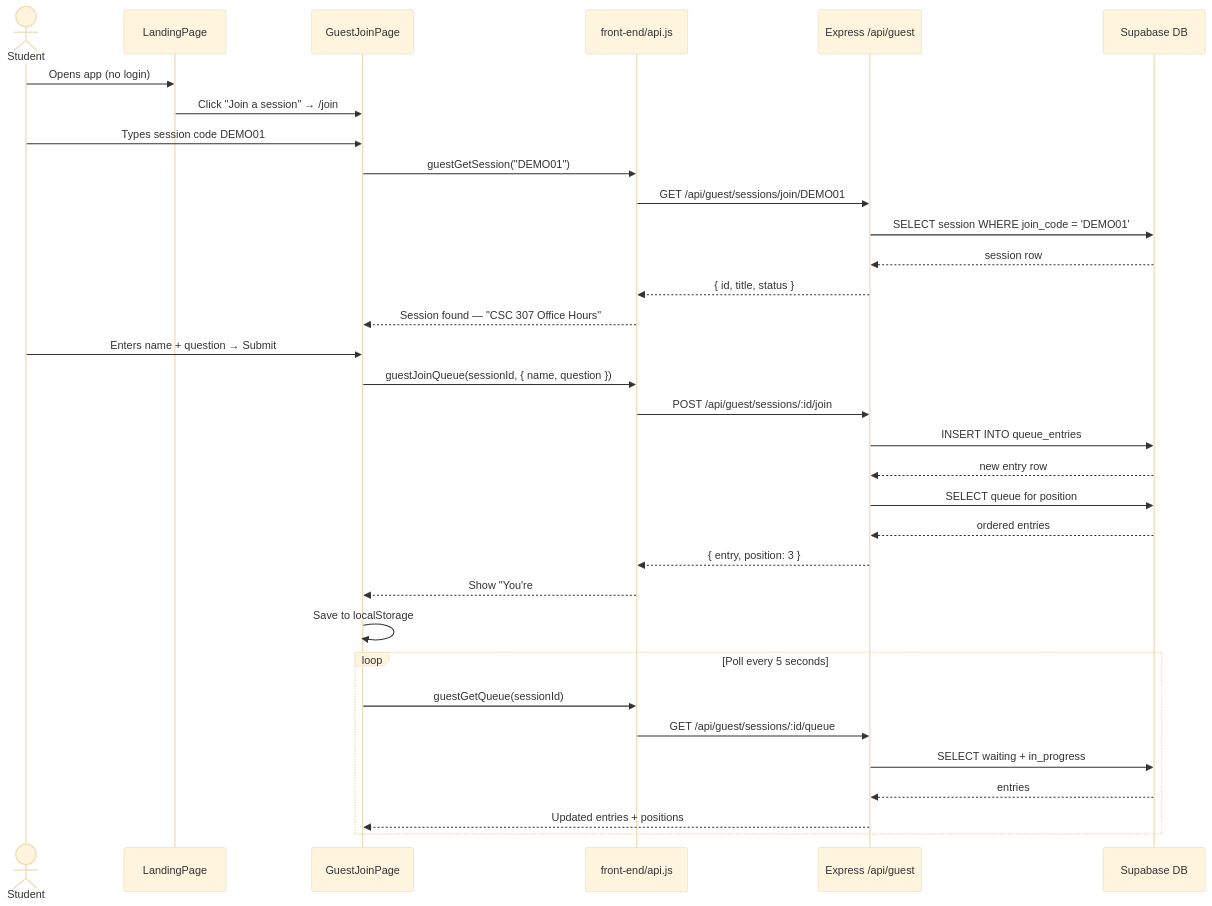
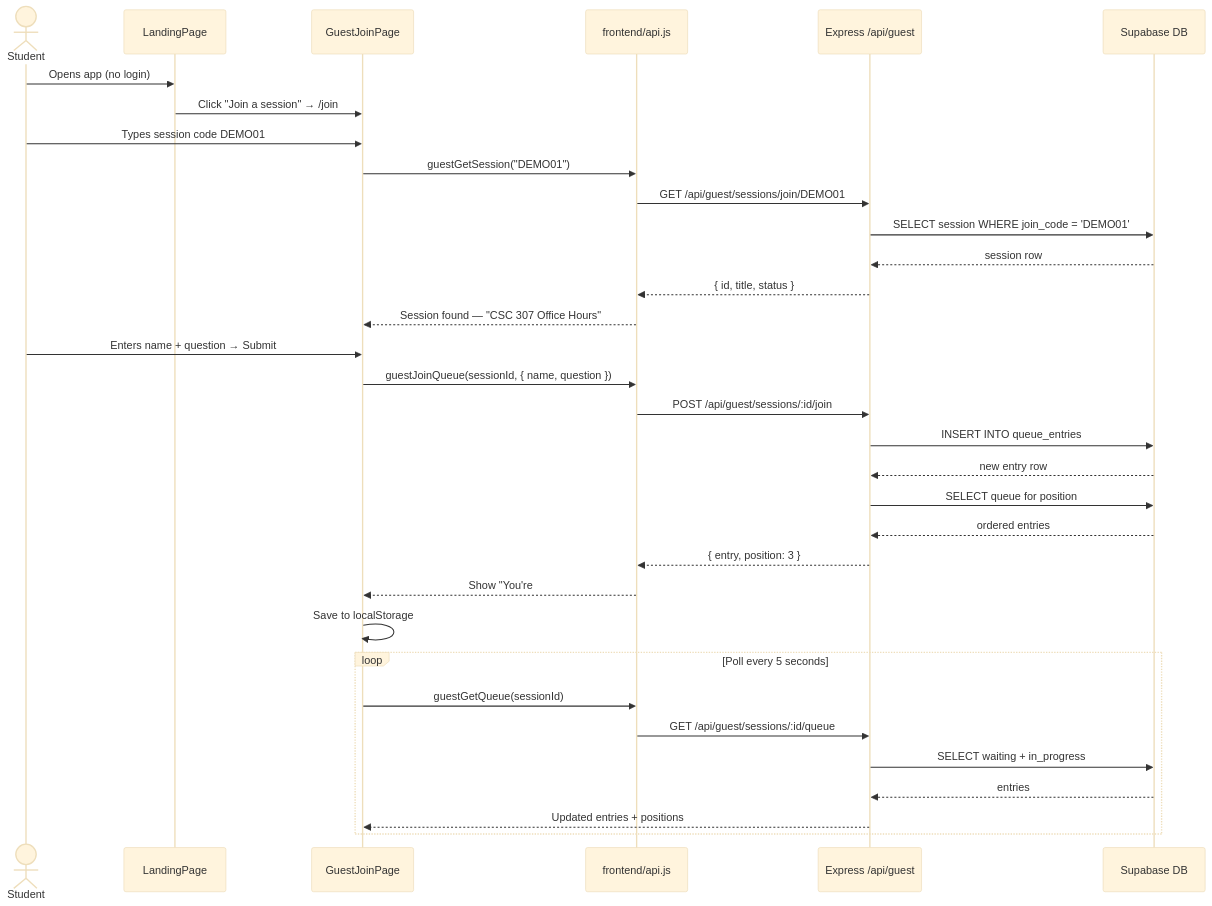
Before and after one commit to juliameylu/HelpQ: the third of 6 diagrams in docs/UML.md, drawn with Mermaid (base theme). The commit also changed other lines of this file and 58 other files, not shown here.

````diff
--- a/docs/UML.md
+++ b/docs/UML.md
@@ -202,38 +202,38 @@
 ```mermaid
 sequenceDiagram
   actor Student
   participant LP as LandingPage
   participant GJP as GuestJoinPage
-  participant API as front-end/api.js
+  participant API as frontend/api.js
   participant BE as Express /api/guest
   participant DB as Supabase DB
 
   Student->>LP: Opens app (no login)
   LP->>GJP: Click "Join a session" → /join
   Student->>GJP: Types session code DEMO01
   GJP->>API: guestGetSession("DEMO01")
   API->>BE: GET /api/guest/sessions/join/DEMO01
   BE->>DB: SELECT session WHERE join_code = 'DEMO01'
   DB-->>BE: session row
   BE-->>API: { id, title, status }
   API-->>GJP: Session found — "CSC 307 Office Hours"
 
   Student->>GJP: Enters name + question → Submit
   GJP->>API: guestJoinQueue(sessionId, { name, question })
   API->>BE: POST /api/guest/sessions/:id/join
   BE->>DB: INSERT INTO queue_entries
   DB-->>BE: new entry row
   BE->>DB: SELECT queue for position
   DB-->>BE: ordered entries
   BE-->>API: { entry, position: 3 }
   API-->>GJP: Show "You're #3 in line"
   GJP->>GJP: Save to localStorage
 
   loop Poll every 5 seconds
     GJP->>API: guestGetQueue(sessionId)
     API->>BE: GET /api/guest/sessions/:id/queue
     BE->>DB: SELECT waiting + in_progress
     DB-->>BE: entries
     BE-->>GJP: Updated entries + positions
   end
 ```
````
